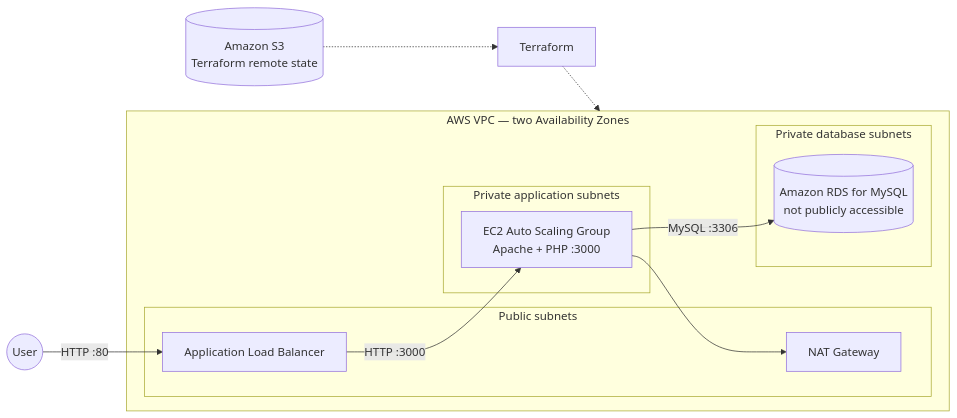
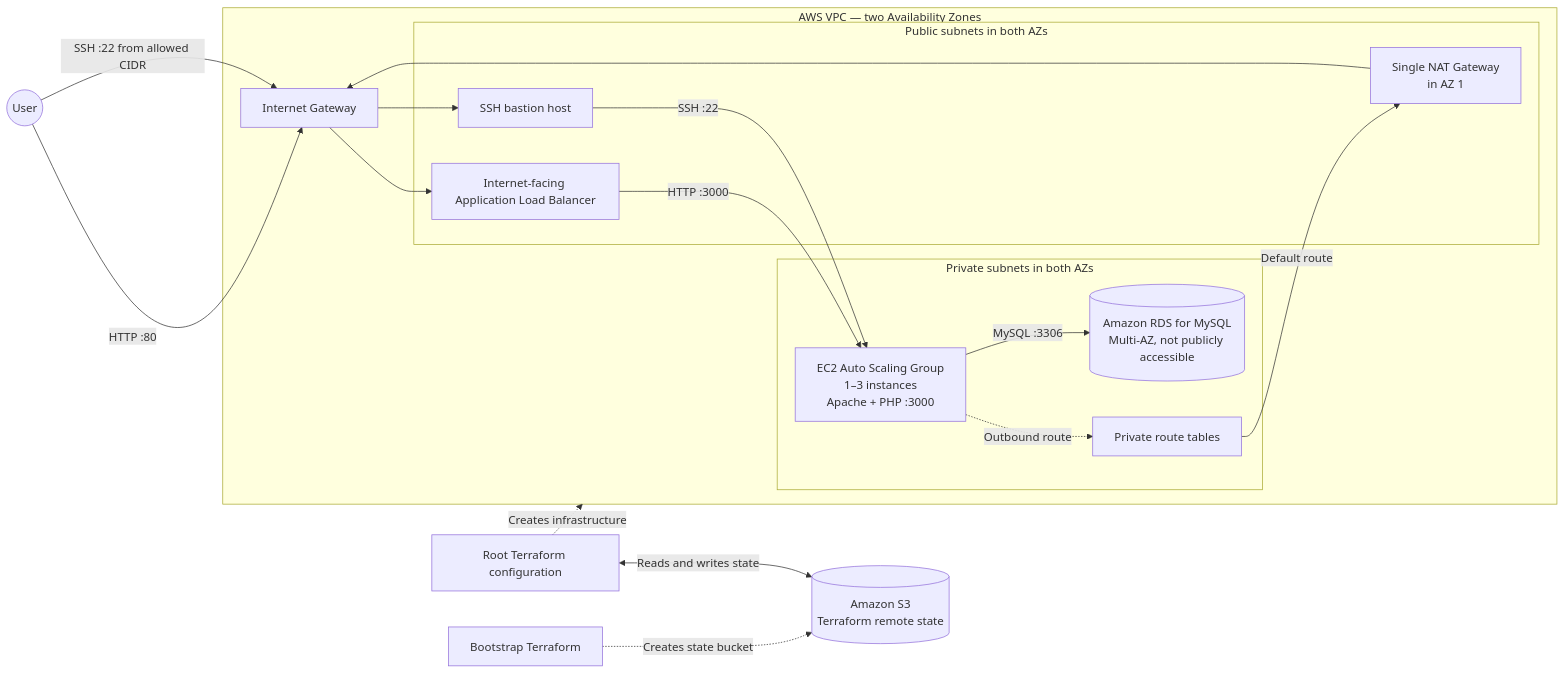
One commit to Ahmadraza9091/aws-terraform-three-tier changed the diagram in README.md. Above: the diagram before and after it, drawn with Mermaid. The commit also changed other lines of this file, not shown here.

Commit message:
improve the Readme

````diff
--- a/README.md
+++ b/README.md
@@ -61,21 +61,29 @@
 ```mermaid
 flowchart LR
-    User((User)) -->|HTTP :80| ALB
+    User((User)) -->|HTTP :80| IGW
+    User -->|SSH :22 from allowed CIDR| IGW
     subgraph VPC["AWS VPC — two Availability Zones"]
-        subgraph Public["Public subnets"]
-            ALB["Application Load Balancer"]
-            NAT["NAT Gateway"]
+        subgraph Public["Public subnets in both AZs"]
+            ALB["Internet-facing Application Load Balancer"]
+            Bastion["SSH bastion host"]
+            NAT["Single NAT Gateway<br/>in AZ 1"]
         end
-        subgraph PrivateApp["Private application subnets"]
-            ASG["EC2 Auto Scaling Group<br/>Apache + PHP :3000"]
+        subgraph Private["Private subnets in both AZs"]
+            ASG["EC2 Auto Scaling Group<br/>1–3 instances<br/>Apache + PHP :3000"]
+            DB[("Amazon RDS for MySQL<br/>Multi-AZ, not publicly accessible")]
+            AppRoutes["Private route tables"]
         end
-        subgraph PrivateData["Private database subnets"]
-            DB[("Amazon RDS for MySQL<br/>not publicly accessible")]
-        end
+        IGW["Internet Gateway"]
+        IGW --> ALB
+        IGW --> Bastion
         ALB -->|HTTP :3000| ASG
         ASG -->|MySQL :3306| DB
-        ASG --> NAT
+        Bastion -->|SSH :22| ASG
+        ASG -.->|Outbound route| AppRoutes
+        AppRoutes -->|Default route| NAT
+        NAT --> IGW
     end
-    S3[("Amazon S3<br/>Terraform remote state")] -.-> Terraform["Terraform"]
-    Terraform -.-> VPC
+    Bootstrap["Bootstrap Terraform"] -.->|Creates state bucket| S3[("Amazon S3<br/>Terraform remote state")]
+    Terraform["Root Terraform configuration"] <-->|Reads and writes state| S3
+    Terraform -.->|Creates infrastructure| VPC
 ```
````
